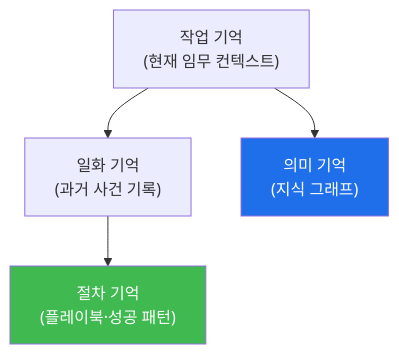
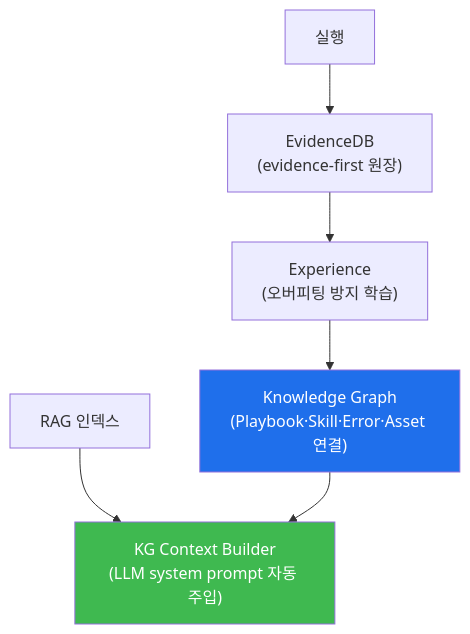
Before and after one commit to mrgrit/tw2: the diagram in contents/training/autonomous-security/lecture_week09.md, drawn with Mermaid. The commit also changed other lines of this file and 3 other files, not shown here.

````diff
--- a/contents/training/autonomous-security/lecture_week09.md
+++ b/contents/training/autonomous-security/lecture_week09.md
@@ -58,8 +59,10 @@
 ```mermaid
 graph TD
-    W["작업 기억<br/>(현재 임무 컨텍스트)"] --> E["일화 기억<br/>(과거 사건 기록)"]
-    E --> P["절차 기억<br/>(플레이북·성공 패턴)"]
-    W --> S["의미 기억<br/>(지식 그래프)"]
-    style S fill:#1f6feb,color:#fff
-    style P fill:#3fb950,color:#fff
+    EX["실행"] --> ED["EvidenceDB<br/>(evidence-first 원장)"]
+    ED --> EXP["Experience<br/>(오버피팅 방지 학습)"]
+    EXP --> KG["Knowledge Graph<br/>(Playbook·Skill·Error·Asset 연결)"]
+    RAG["RAG 인덱스"] --> CTX["KG Context Builder<br/>(LLM system prompt 자동 주입)"]
+    KG --> CTX
+    style KG fill:#1f6feb,color:#fff
+    style CTX fill:#3fb950,color:#fff
 ```
````
